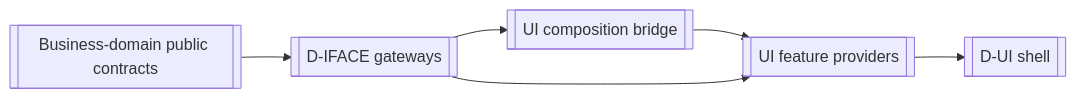
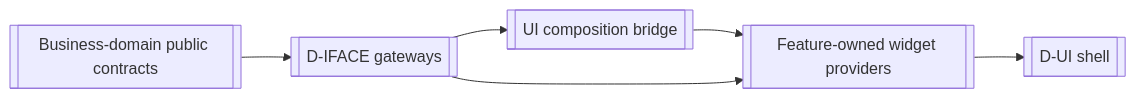
The diagram in app/ui/README.md (haruperi/HaruQuantAI), drawn with Mermaid before and after one commit. The commit also changed other lines of this file and 7 other files, not shown here.

Commit message:
docs(ui): adopt spatiotemporal widget architecture

````diff
--- a/app/ui/README.md
+++ b/app/ui/README.md
@@ -132,10 +156,10 @@
 ```mermaid
 flowchart LR
     R[[UI composition bridge]]
     I[[D-IFACE gateways]]
     U[[D-UI shell]]
-    P[[UI feature providers]]
+    P[[Feature-owned widget providers]]
     D[[Business-domain public contracts]]
     I --> R --> P --> U
     D --> I --> P
 ```
````
